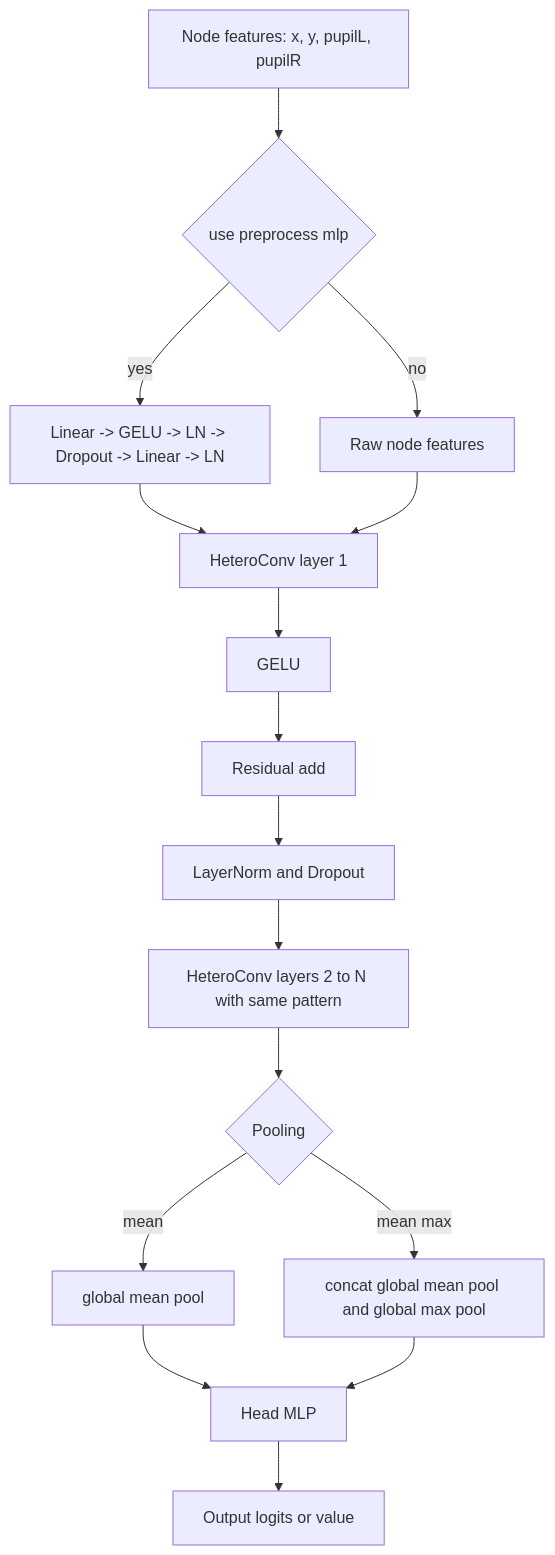
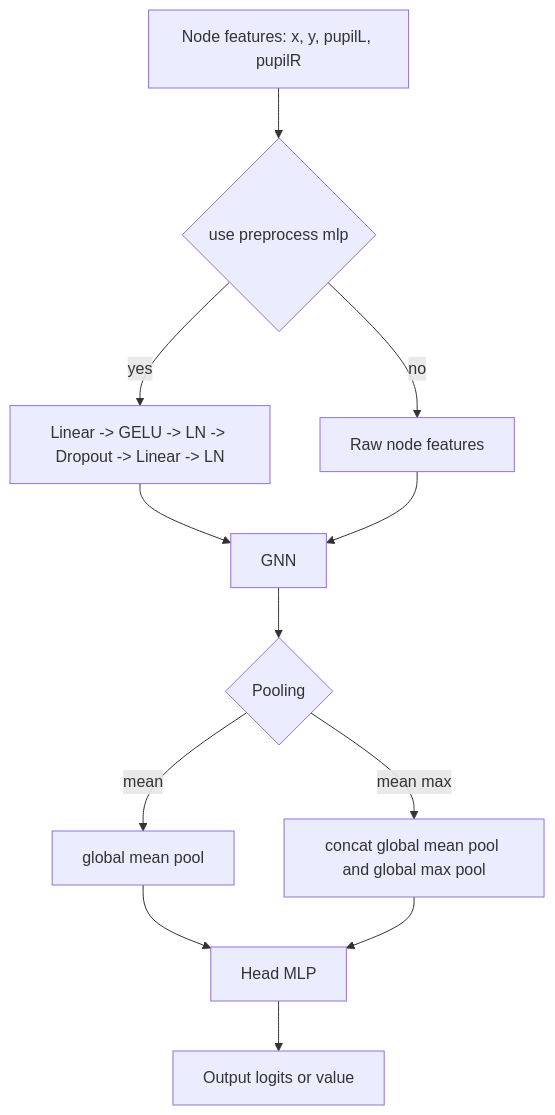
The first of 2 diagrams in docs/appendix/gnn_architecture_and_training.md (Space0code/GFM-for-eyetracker), drawn with Mermaid before and after one commit. The commit also changed other lines of this file, not shown here.

Commit message:
better GNN explanation

````diff
--- a/docs/appendix/gnn_architecture_and_training.md
+++ b/docs/appendix/gnn_architecture_and_training.md
@@ -11,18 +11,14 @@
 ```mermaid
 flowchart TD
     A["Node features: x, y, pupilL, pupilR"] --> B{"use preprocess mlp"}
     B -->|yes| C["Linear -> GELU -> LN -> Dropout -> Linear -> LN"]
     B -->|no| D["Raw node features"]
-    C --> E["HeteroConv layer 1"]
-    D --> E
-    E --> F["GELU"]
-    F --> G["Residual add"]
-    G --> H["LayerNorm and Dropout"]
-    H --> I["HeteroConv layers 2 to N with same pattern"]
+    C --> I["GNN"]
+    D --> I["GNN"]
     I --> J{"Pooling"}
     J -->|mean| K["global mean pool"]
     J -->|mean max| L["concat global mean pool and global max pool"]
     K --> M["Head MLP"]
     L --> M
     M --> N["Output logits or value"]
 ```
````
